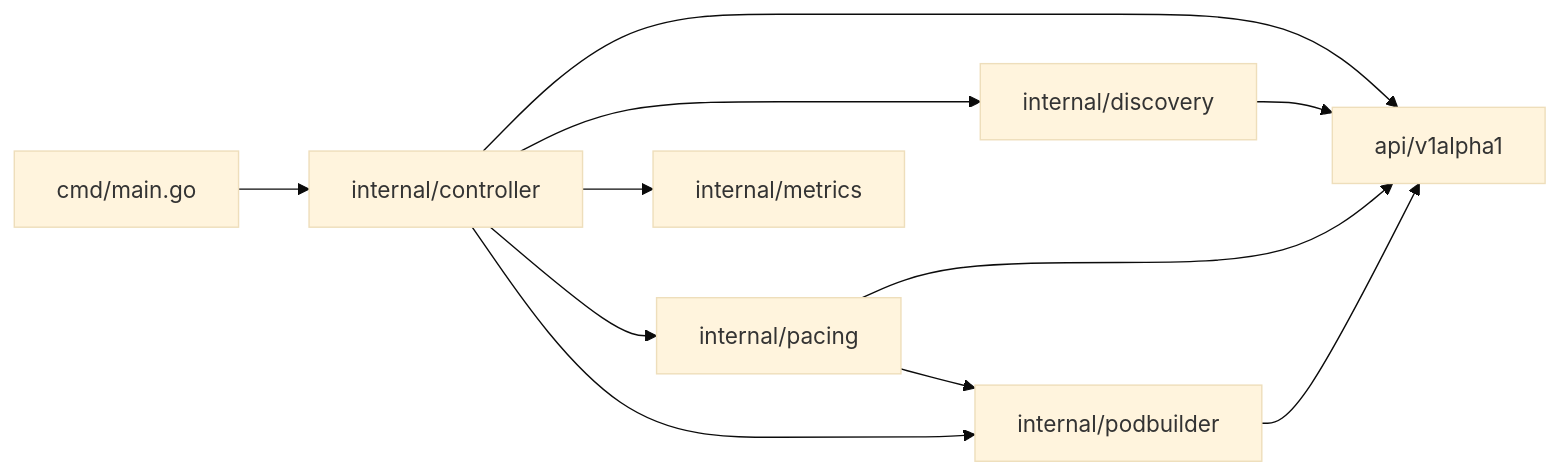
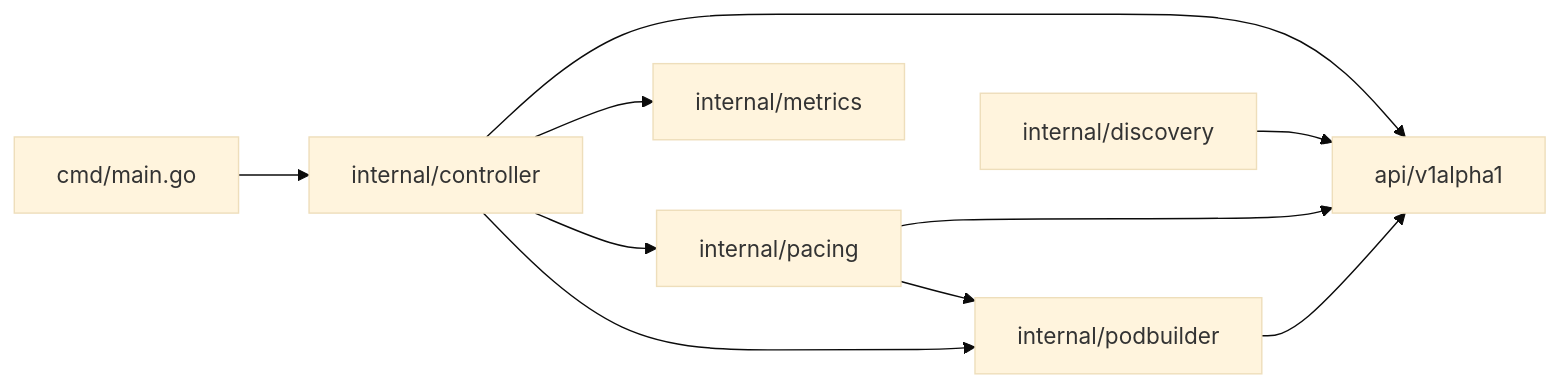
Before and after one commit to corewire/drop: the second of 3 diagrams in docs/content/docs/reference/_generated_architecture.md, drawn with Mermaid (base theme). The commit also changed 42 other files, not shown here.

````diff
--- a/docs/content/docs/reference/_generated_architecture.md
+++ b/docs/content/docs/reference/_generated_architecture.md
@@ -25,13 +25,12 @@
 ```mermaid
 graph LR
   cmd/main.go --> internal/controller
   internal/controller --> api/v1alpha1
-  internal/controller --> internal/discovery
   internal/controller --> internal/metrics
   internal/controller --> internal/pacing
   internal/controller --> internal/podbuilder
   internal/discovery --> api/v1alpha1
   internal/pacing --> api/v1alpha1
   internal/pacing --> internal/podbuilder
   internal/podbuilder --> api/v1alpha1
 ```
````
